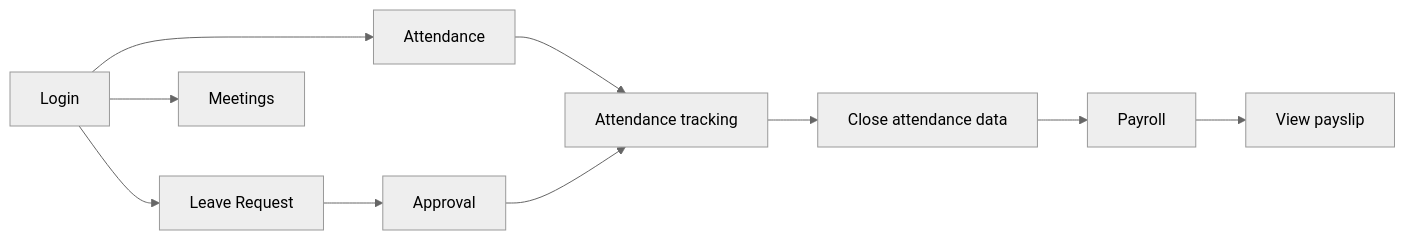
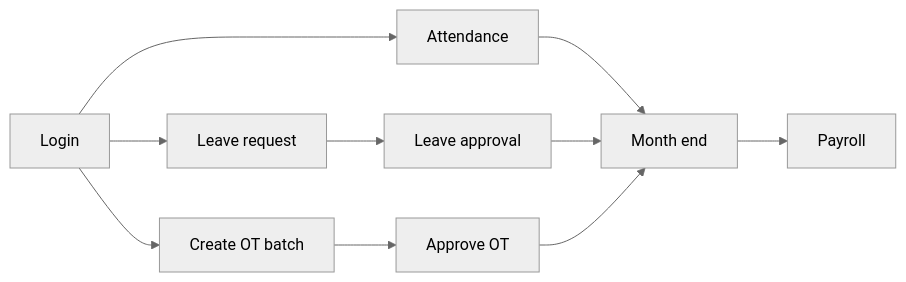
The diagram in README.en.md (tamada-chinhhv/tmv-hrm-docs), drawn with Mermaid (neutral theme) before and after one commit. The commit also changed other lines of this file and 122 other files, not shown here.

````diff
--- a/README.en.md
+++ b/README.en.md
@@ -92,12 +67,12 @@
 ```mermaid
 flowchart LR
   A[Login] --> B[Attendance]
-  A --> C[Leave Request]
-  C --> D[Approval]
-  B --> E[Attendance tracking]
-  D --> E
-  E --> F[Close attendance data]
-  F --> G[Payroll]
-  G --> H[View payslip]
-  A --> I[Meetings]
+  A --> C[Leave request]
+  C --> D[Leave approval]
+  A --> E[Create OT batch]
+  E --> F[Approve OT]
+  B --> G[Month end]
+  D --> G
+  F --> G
+  G --> H[Payroll]
 ```
````
